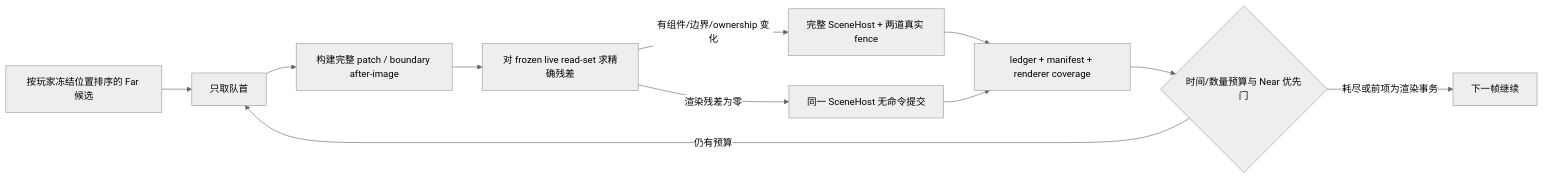
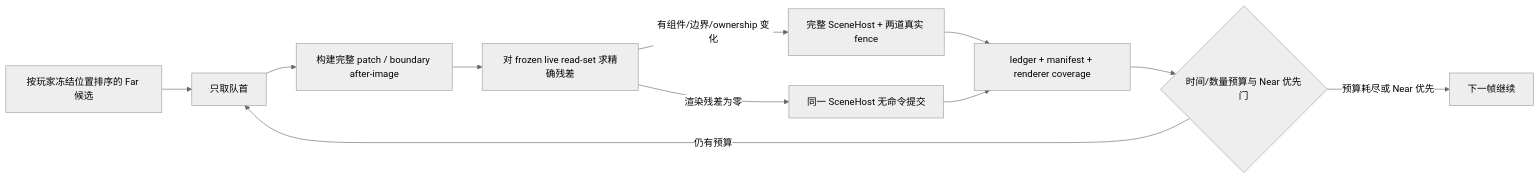
One commit to dyzdyz010/ex_mmo_cluster changed the first of 2 diagrams in docs/10-active/voxel-far-field/2026-08-16-full-far-sparse-residual-convergence-optimization.md. Above: the diagram before and after it, drawn with Mermaid (neutral theme). The commit also changed other lines of this file and 3 other files, not shown here.

````diff
--- a/docs/10-active/voxel-far-field/2026-08-16-full-far-sparse-residual-convergence-optimization.md
+++ b/docs/10-active/voxel-far-field/2026-08-16-full-far-sparse-residual-convergence-optimization.md
@@ -74,13 +83,13 @@
 ```mermaid
 flowchart LR
     A[按玩家冻结位置排序的 Far 候选] --> B[只取队首]
     B --> C[构建完整 patch / boundary after-image]
     C --> D[对 frozen live read-set 求精确残差]
     D -->|有组件/边界/ownership 变化| E[完整 SceneHost + 两道真实 fence]
     D -->|渲染残差为零| F[同一 SceneHost 无命令提交]
     E --> G[ledger + manifest + renderer coverage]
     F --> G
     G --> H{时间/数量预算与 Near 优先门}
     H -->|仍有预算| B
-    H -->|耗尽或前项为渲染事务| I[下一帧继续]
+    H -->|预算耗尽或 Near 优先| I[下一帧继续]
 ```
````
